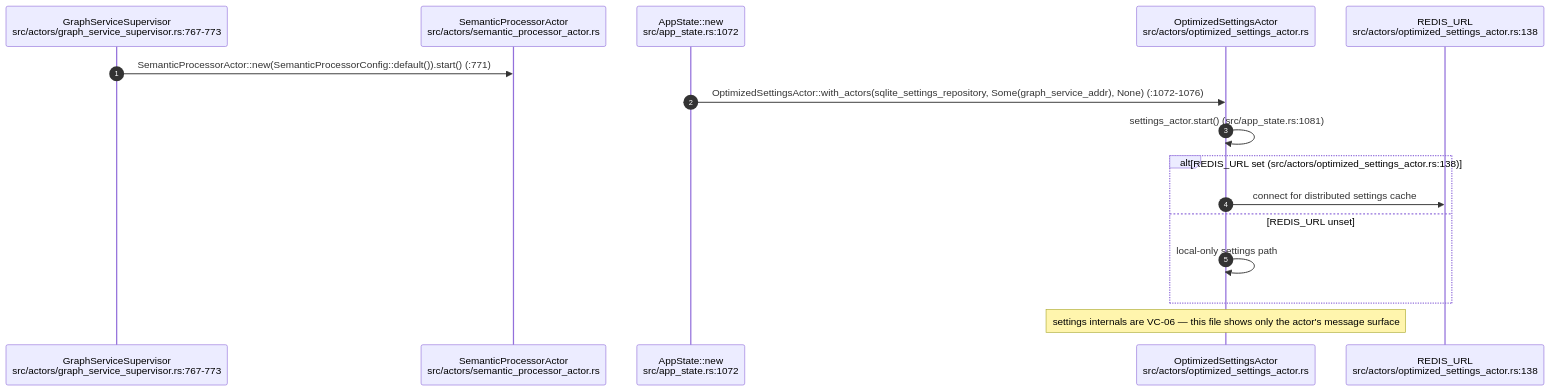
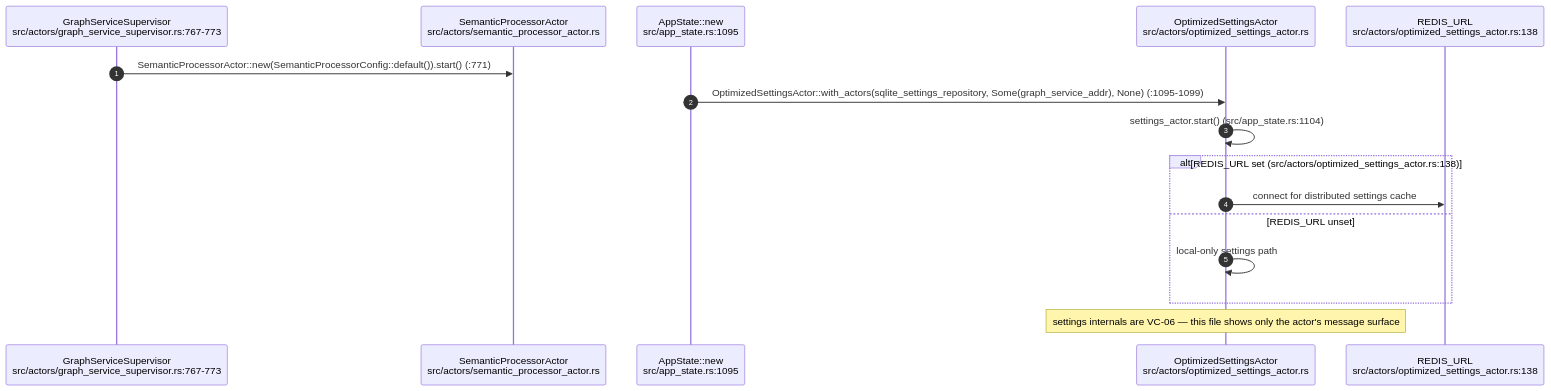
Before and after one commit to DreamLab-AI/VisionFlow: diagram 11 of 14 in docs/diagrams/visionclaw/02-actor-supervision.md, drawn with Mermaid. The commit also changed other lines of this file and 154 other files, not shown here.

First line of the commit message:
docs(diagrams): re-stamp 154 topics whose every citation still reads the same text at the current heads

````diff
--- a/docs/diagrams/visionclaw/02-actor-supervision.md
+++ b/docs/diagrams/visionclaw/02-actor-supervision.md
@@ -455,19 +455,19 @@
 ```mermaid
 sequenceDiagram
     autonumber
     participant GSS as GraphServiceSupervisor<br/>src/actors/graph_service_supervisor.rs:767-773
     participant SP as SemanticProcessorActor<br/>src/actors/semantic_processor_actor.rs
-    participant APP as AppState::new<br/>src/app_state.rs:1072
+    participant APP as AppState::new<br/>src/app_state.rs:1095
     participant SET as OptimizedSettingsActor<br/>src/actors/optimized_settings_actor.rs
     participant REDIS as REDIS_URL<br/>src/actors/optimized_settings_actor.rs:138
 
     GSS->>SP: SemanticProcessorActor::new(SemanticProcessorConfig::default()).start() (:771)
-    APP->>SET: OptimizedSettingsActor::with_actors(sqlite_settings_repository, Some(graph_service_addr), None) (:1072-1076)
-    SET->>SET: settings_actor.start() (src/app_state.rs:1081)
+    APP->>SET: OptimizedSettingsActor::with_actors(sqlite_settings_repository, Some(graph_service_addr), None) (:1095-1099)
+    SET->>SET: settings_actor.start() (src/app_state.rs:1104)
     alt REDIS_URL set (src/actors/optimized_settings_actor.rs:138)
         SET->>REDIS: connect for distributed settings cache
     else REDIS_URL unset
         SET->>SET: local-only settings path
     end
     Note over SET: settings internals are VC-06 — this file shows only the actor's message surface
 ```
````
